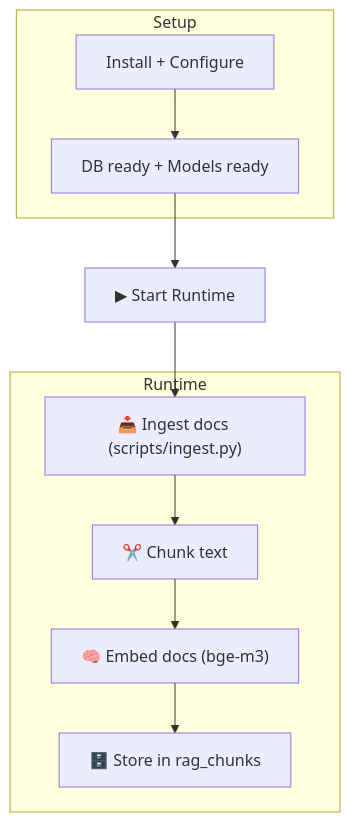
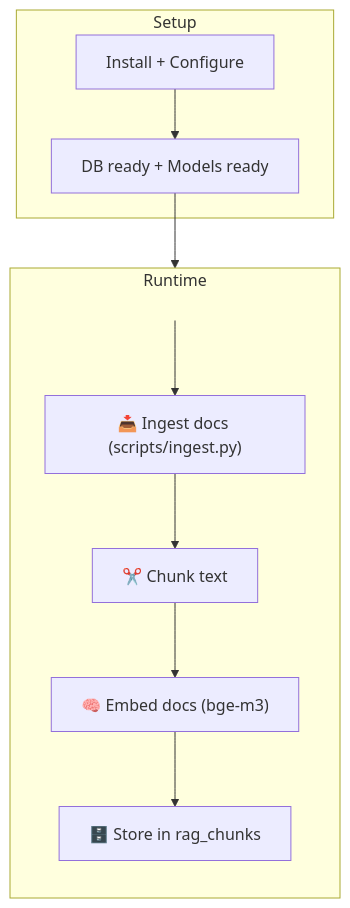
The first of 3 diagrams in docs/PROCESS_VISUALIZATION_TRIAL.md (LauraAva/rag-ollama-set-up), drawn with Mermaid before and after one commit.

````diff
--- a/docs/PROCESS_VISUALIZATION_TRIAL.md
+++ b/docs/PROCESS_VISUALIZATION_TRIAL.md
@@ -10,16 +10,20 @@
 ```mermaid
 flowchart TD
 
   subgraph Setup["Setup"]
     S1["Install + Configure"] --> S2["DB ready + Models ready"]
   end  
 
-  %% Put the entry node OUTSIDE the Runtime subgraph
-  S2 --> R0["▶ Start Runtime"]
+  subgraph Runtime["Runtime"]
+    direction TB
 
-  subgraph Runtime 
-    R1["📥 Ingest docs (scripts/ingest.py)"] --> R2["✂️ Chunk text"] --> R3["🧠 Embed docs (bge-m3)"] --> R4["🗄️ Store in rag_chunks"]
+    R1(( )):::ghost
+    R2["📥 Ingest docs (scripts/ingest.py)"] --> R3["✂️ Chunk text"] --> R4["🧠 Embed docs (bge-m3)"] --> R5["🗄️ Store in rag_chunks"]
+
+    R1 --> R2
   end
 
-  R0 --> R1
+  S2 --> R1
+
+  classDef ghost fill:transparent,stroke:transparent,color:transparent;
 ```
````
